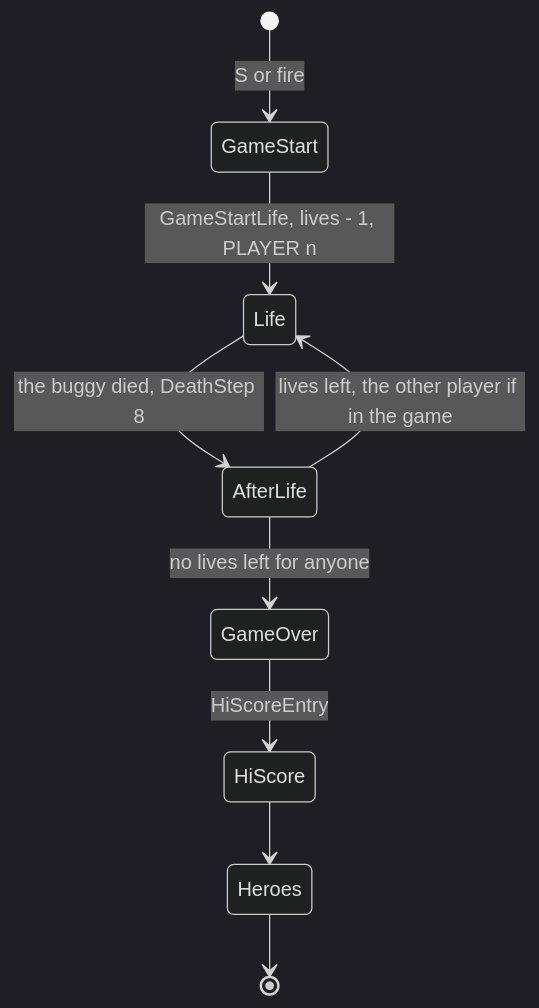
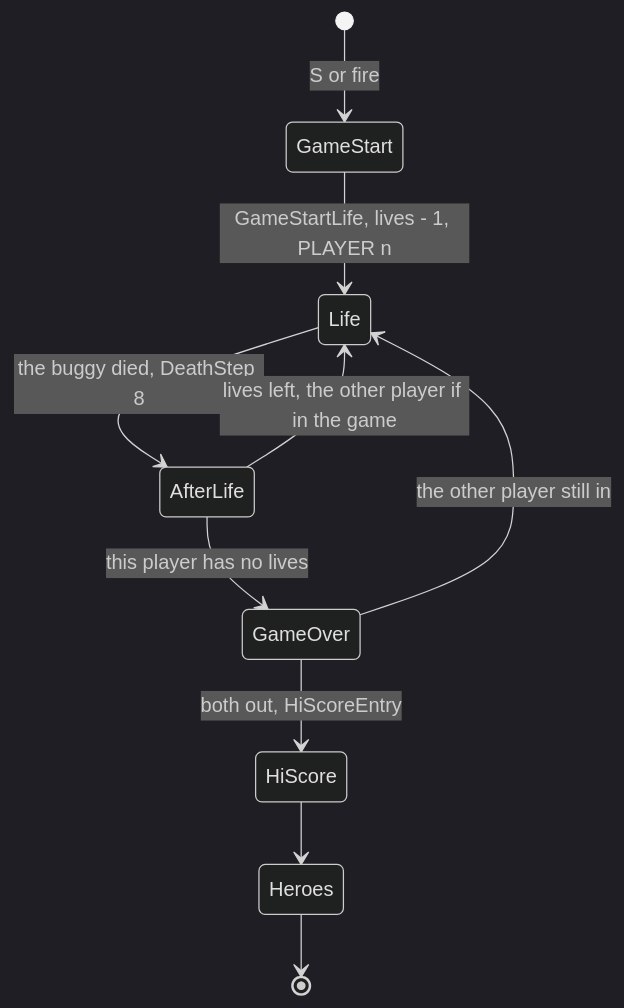
Before and after one commit to alfishe/unrealng-reverse-cases: the fourth of 9 diagrams in games/moon-patrol/docs/10-gameplay-logic.md, drawn with Mermaid (dark theme). The commit also changed other lines of this file and 25 other files, not shown here.

Commit message:
Moon Patrol review round 1 (58 findings: 52 accepted, 5 in part, 1 rejected) worked: the pass 7.05 frames defined once, the tune's 16 periods with HL = word, the hi-score slot search, the wheels' step, the stack bottom $C2FC; hi-score entry asm and example, the three images figure

````diff
--- a/games/moon-patrol/docs/10-gameplay-logic.md
+++ b/games/moon-patrol/docs/10-gameplay-logic.md
@@ -298,11 +300,12 @@
 ```mermaid
 stateDiagram-v2
     [*] --> GameStart: S or fire
     GameStart --> Life: GameStartLife, lives - 1, PLAYER n
     Life --> AfterLife: the buggy died, DeathStep 8
     AfterLife --> Life: lives left, the other player if in the game
-    AfterLife --> GameOver: no lives left for anyone
-    GameOver --> HiScore: HiScoreEntry
+    AfterLife --> GameOver: this player has no lives
+    GameOver --> Life: the other player still in
+    GameOver --> HiScore: both out, HiScoreEntry
     HiScore --> Heroes
     Heroes --> [*]
 ```
````
